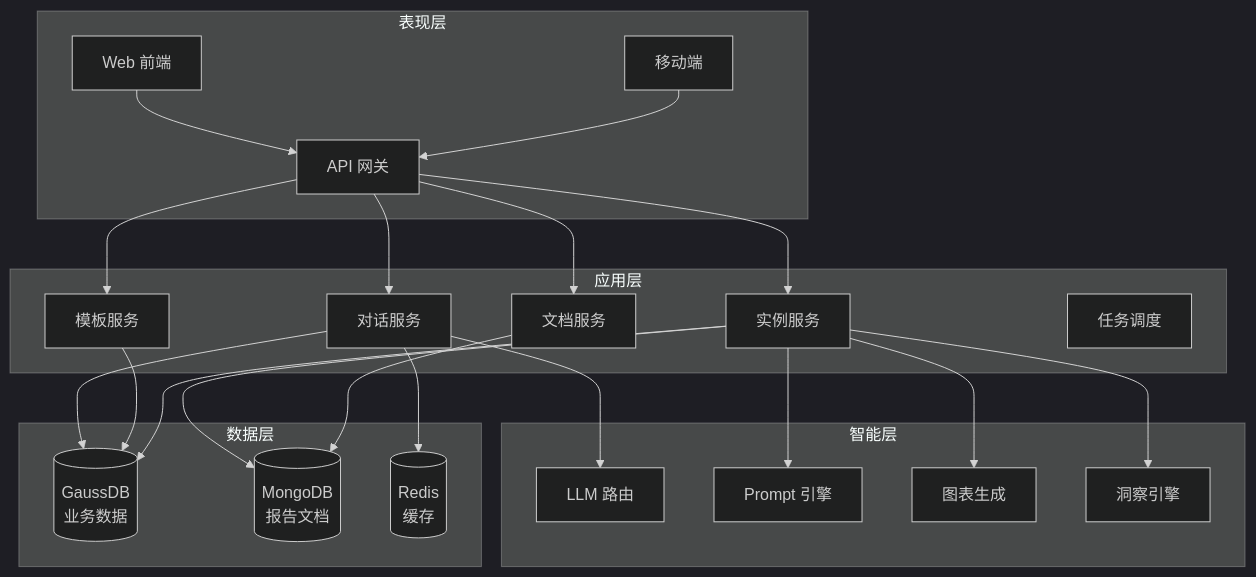
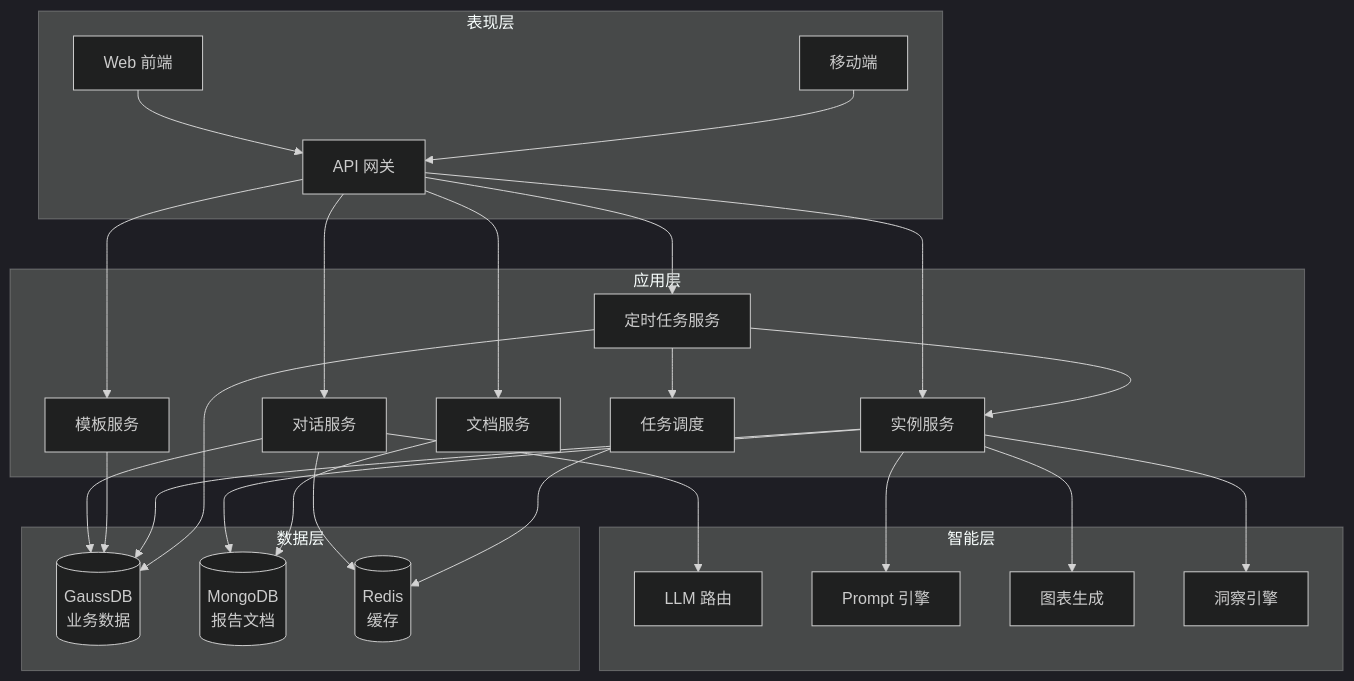
One commit to shel447/ReportSystem changed the ninth of 13 diagrams in design.md. Above: the diagram before and after it, drawn with Mermaid (dark theme). The commit also changed other lines of this file and 1 other file, not shown here.

Commit message:
Add scheduled task design and product spec document

````diff
--- a/design.md
+++ b/design.md
@@ -500,48 +640,55 @@
 ```mermaid
 graph TB
     subgraph 表现层
         Web[Web 前端]
         Mobile[移动端]
         API[API 网关]
     end
     
     subgraph 应用层
         ChatService[对话服务]
         TemplateService[模板服务]
         InstanceService[实例服务]
         DocService[文档服务]
+        SchedulerService[定时任务服务]
         TaskScheduler[任务调度]
     end
     
     subgraph 智能层
         LLMRouter[LLM 路由]
         PromptEngine[Prompt 引擎]
         ChartGenerator[图表生成]
         InsightEngine[洞察引擎]
     end
     
     subgraph 数据层
         GaussDB[(GaussDB<br/>业务数据)]
         Mongo[(MongoDB<br/>报告文档)]
         Redis[(Redis<br/>缓存)]
     end
     
     Web --> API
     Mobile --> API
     API --> ChatService
     API --> TemplateService
     API --> InstanceService
     API --> DocService
+    API --> SchedulerService
     
     ChatService --> LLMRouter
     InstanceService --> PromptEngine
     InstanceService --> ChartGenerator
     InstanceService --> InsightEngine
     
+    SchedulerService --> TaskScheduler
+    SchedulerService --> InstanceService
+    
     ChatService --> GaussDB
     TemplateService --> GaussDB
     InstanceService --> GaussDB
+    SchedulerService --> GaussDB
     InstanceService --> Mongo
     DocService --> Mongo
     ChatService --> Redis
+    TaskScheduler --> Redis
 ```
````
